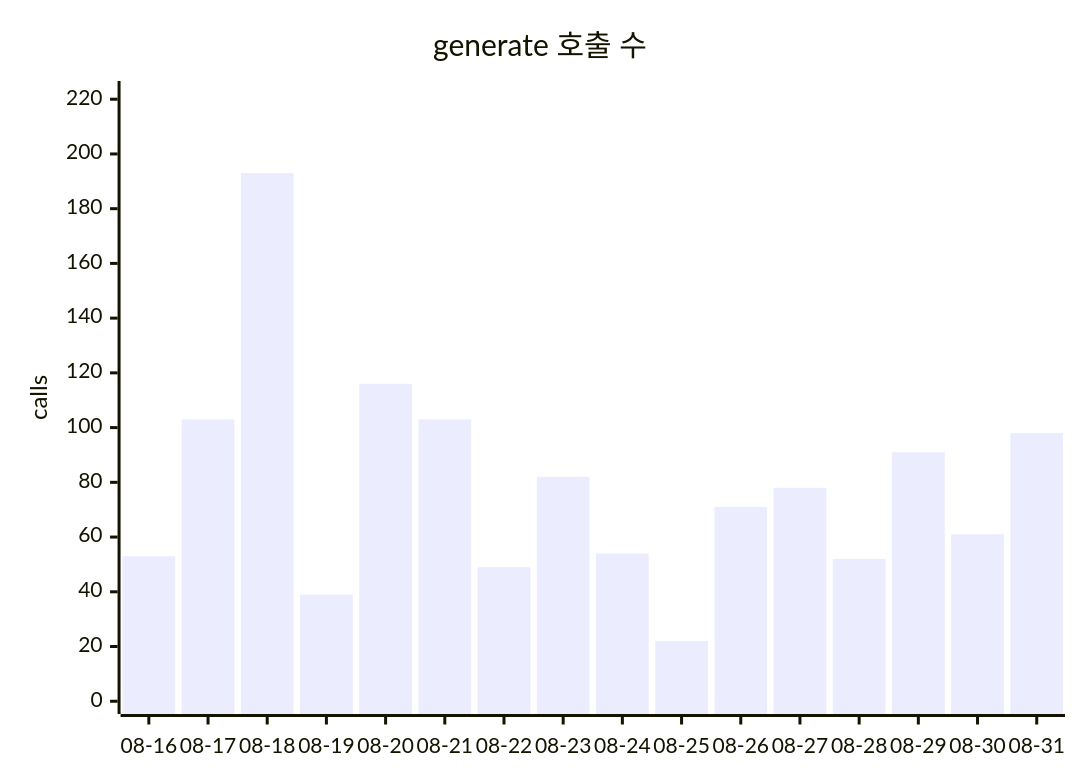
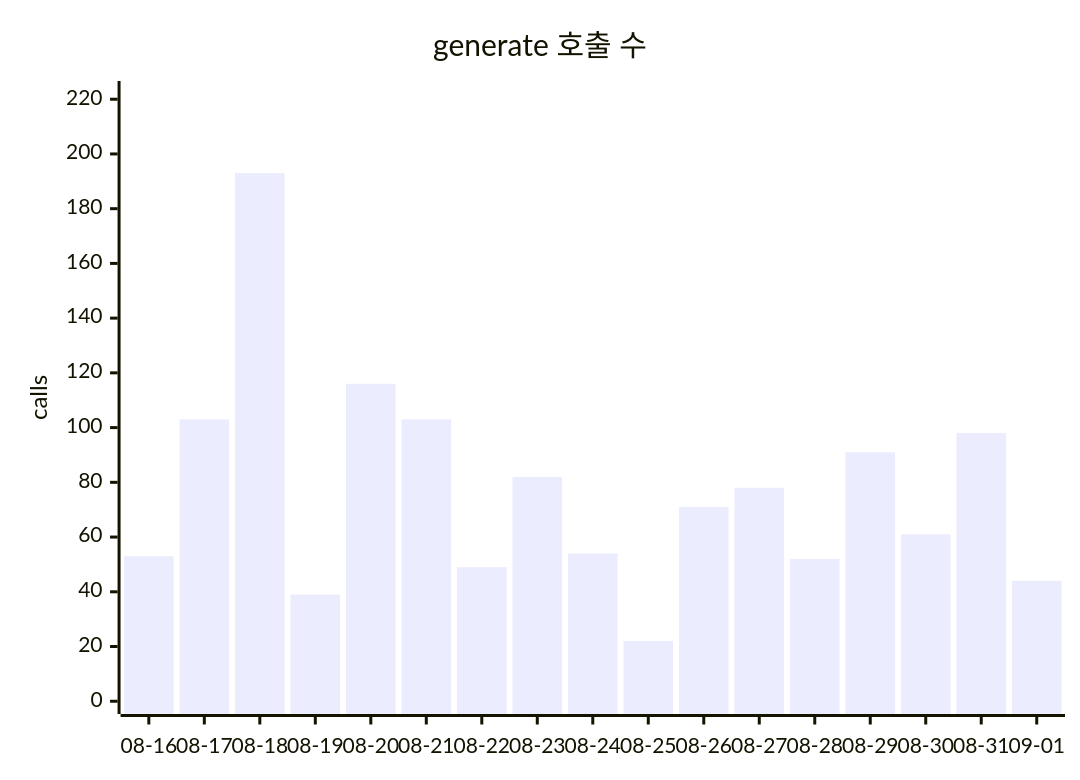
The first of 2 diagrams in docs/data/token-usage.md (userri/PinQ-backend), drawn with Mermaid before and after one commit. The commit also changed other lines of this file and 3 other files, not shown here.

````diff
--- a/docs/data/token-usage.md
+++ b/docs/data/token-usage.md
@@ -80,7 +83,7 @@
 ```mermaid
 xychart-beta
     title "generate 호출 수"
-    x-axis ["08-16", "08-17", "08-18", "08-19", "08-20", "08-21", "08-22", "08-23", "08-24", "08-25", "08-26", "08-27", "08-28", "08-29", "08-30", "08-31"]
+    x-axis ["08-16", "08-17", "08-18", "08-19", "08-20", "08-21", "08-22", "08-23", "08-24", "08-25", "08-26", "08-27", "08-28", "08-29", "08-30", "08-31", "09-01"]
     y-axis "calls" 0 --> 222
-    bar [53, 103, 193, 39, 116, 103, 49, 82, 54, 22, 71, 78, 52, 91, 61, 98]
+    bar [53, 103, 193, 39, 116, 103, 49, 82, 54, 22, 71, 78, 52, 91, 61, 98, 44]
 ```
````
